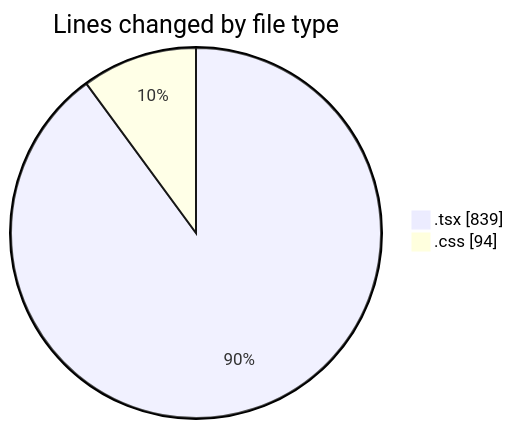
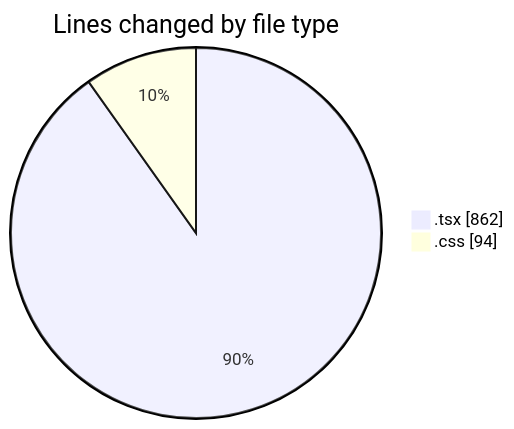
The first of 2 diagrams in 2025-02-07/portofolio/README.md (donsfak/code-tracking), drawn with Mermaid before and after one commit. The commit also changed other lines of this file and 1 other file, not shown here.

````diff
--- a/2025-02-07/portofolio/README.md
+++ b/2025-02-07/portofolio/README.md
@@ -21,6 +21,6 @@
 ```mermaid
 pie showData
 title Lines changed by file type
-".tsx" : 839
+".tsx" : 862
 ".css" : 94
 ```
````
